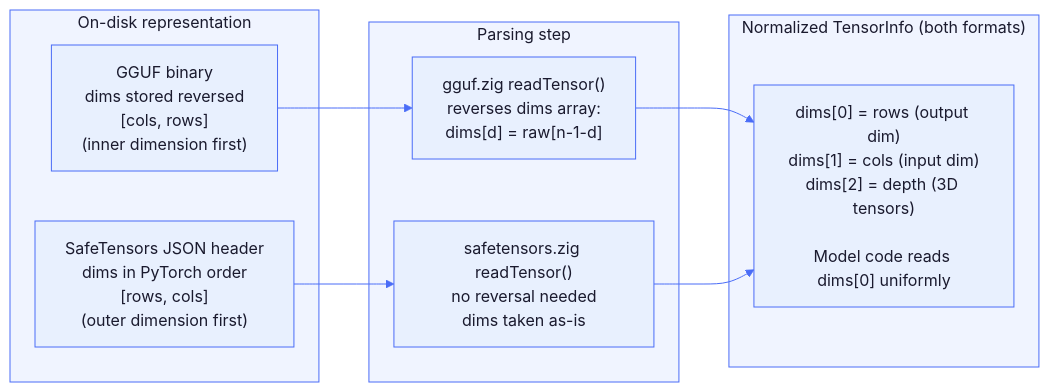
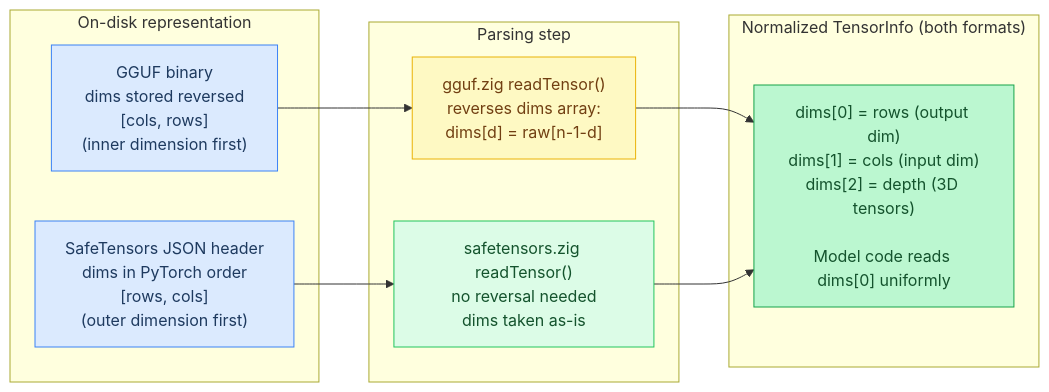
One commit to maci0/agave changed the eighth of 9 diagrams in docs/tutorial/14-format-conventions.md. Above: the diagram before and after it, drawn with Mermaid. The commit also changed other lines of this file and 24 other files, not shown here.

First line of the commit message:
docs: convert all mermaid diagrams to classDef semantic colors

````diff
--- a/docs/tutorial/14-format-conventions.md
+++ b/docs/tutorial/14-format-conventions.md
@@ -685,33 +671,32 @@
 ```mermaid
-%%{init: {'theme': 'base', 'themeVariables': {
-  'primaryColor': '#e8f0fe',
-  'primaryTextColor': '#1a1a2e',
-  'primaryBorderColor': '#4a6cf7',
-  'lineColor': '#4a6cf7',
-  'secondaryColor': '#f0f4ff',
-  'tertiaryColor': '#f8f9ff',
-  'edgeLabelBackground': '#ffffff',
-  'clusterBkg': '#f0f4ff',
-  'clusterBorder': '#4a6cf7',
-  'titleColor': '#1a1a2e',
-  'nodeTextColor': '#1a1a2e',
-  'fontFamily': 'ui-monospace, SFMono-Regular, monospace'
-}}}%%
 flowchart LR
+    classDef setup     fill:#dbeafe,stroke:#3b82f6,color:#1e3a5f
+    classDef sync      fill:#dcfce7,stroke:#22c55e,color:#14532d
+    classDef migration fill:#fef9c3,stroke:#eab308,color:#713f12
+    classDef success   fill:#bbf7d0,stroke:#16a34a,color:#14532d
+    classDef danger    fill:#fee2e2,stroke:#ef4444,color:#7f1d1d
+    classDef optional  fill:#f3e8ff,stroke:#9333ea,color:#581c87
+
+    GGDisk["GGUF binary\ndims stored reversed\n[cols, rows]\n(inner dimension first)"]:::setup
+    STDisk["SafeTensors JSON header\ndims in PyTorch order\n[rows, cols]\n(outer dimension first)"]:::setup
+    GGParse["gguf.zig readTensor()\nreverses dims array:\ndims[d] = raw[n-1-d]"]:::migration
+    STParse["safetensors.zig readTensor()\nno reversal needed\ndims taken as-is"]:::sync
+    Result["dims[0] = rows (output dim)\ndims[1] = cols (input dim)\ndims[2] = depth (3D tensors)\n\nModel code reads dims[0] uniformly"]:::success
+
     subgraph OnDisk["On-disk representation"]
-        GGDisk["GGUF binary\ndims stored reversed\n[cols, rows]\n(inner dimension first)"]
-        STDisk["SafeTensors JSON header\ndims in PyTorch order\n[rows, cols]\n(outer dimension first)"]
+        GGDisk
+        STDisk
     end
 
     subgraph Parse["Parsing step"]
-        GGParse["gguf.zig readTensor()\nreverses dims array:\ndims[d] = raw[n-1-d]"]
-        STParse["safetensors.zig readTensor()\nno reversal needed\ndims taken as-is"]
+        GGParse
+        STParse
     end
 
     subgraph Normalized["Normalized TensorInfo (both formats)"]
-        Result["dims[0] = rows (output dim)\ndims[1] = cols (input dim)\ndims[2] = depth (3D tensors)\n\nModel code reads dims[0] uniformly"]
+        Result
     end
 
     GGDisk --> GGParse --> Result
     STDisk --> STParse --> Result
 ```
````
